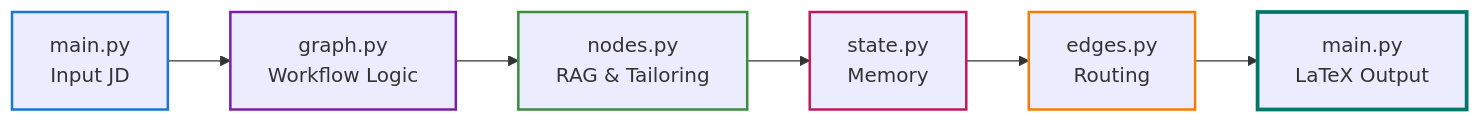
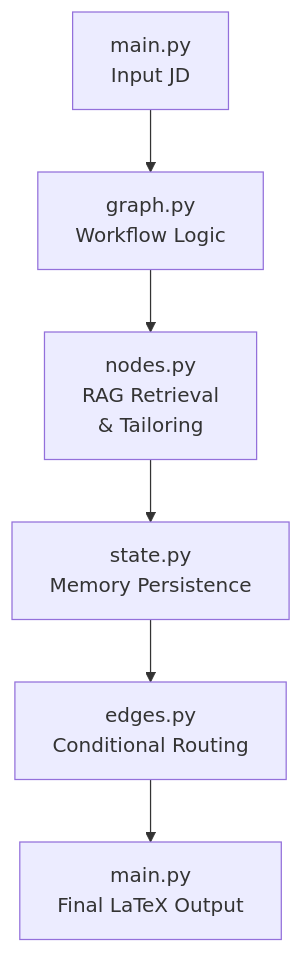
Before and after one commit to Kaviya242709/Resume-Builder-: the first of 2 diagrams in README.md, drawn with Mermaid. The commit also changed other lines of this file, not shown here.

````diff
--- a/README.md
+++ b/README.md
@@ -13,15 +13,8 @@
 ```mermaid
-graph LR
+graph TD
     A["main.py<br/>Input JD"] --> B["graph.py<br/>Workflow Logic"]
-    B --> C["nodes.py<br/>RAG & Tailoring"]
-    C --> D["state.py<br/>Memory"]
-    D --> E["edges.py<br/>Routing"]
-    E --> F["main.py<br/>LaTeX Output"]
-    
-    style A stroke:#1976d2,stroke-width:2px
-    style B stroke:#7b1fa2,stroke-width:2px
-    style C stroke:#388e3c,stroke-width:2px
-    style D stroke:#c2185b,stroke-width:2px
-    style E stroke:#f57c00,stroke-width:2px
-    style F stroke:#00796b,stroke-width:3px
+    B --> C["nodes.py<br/>RAG Retrieval<br/>& Tailoring"]
+    C --> D["state.py<br/>Memory Persistence"]
+    D --> E["edges.py<br/>Conditional Routing"]
+    E --> F["main.py<br/>Final LaTeX Output"]
 ```    
````
